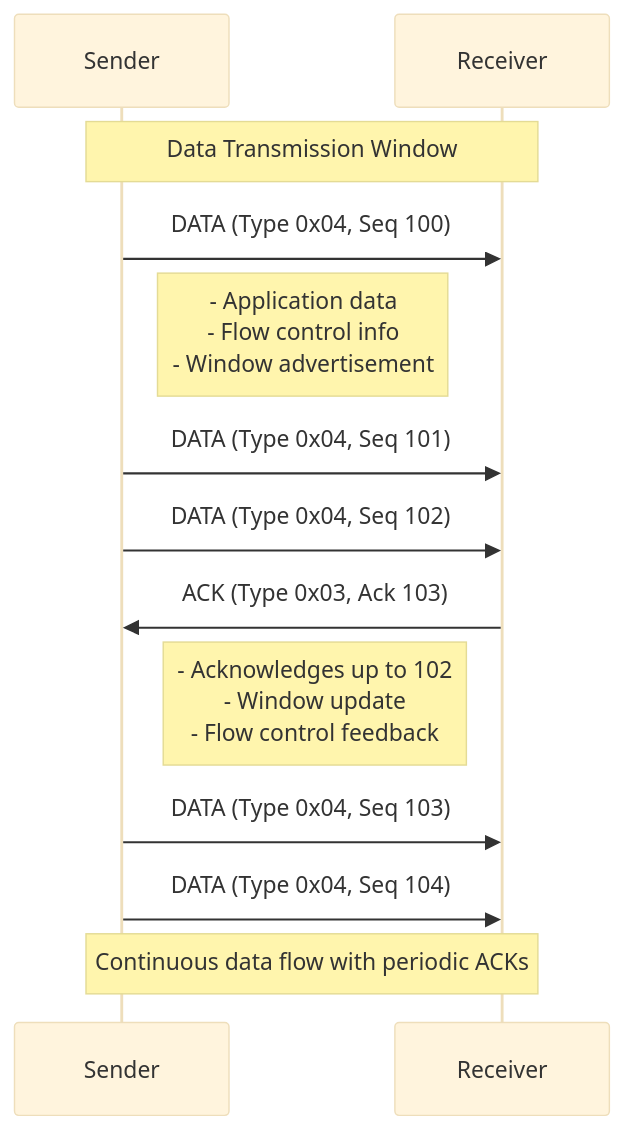
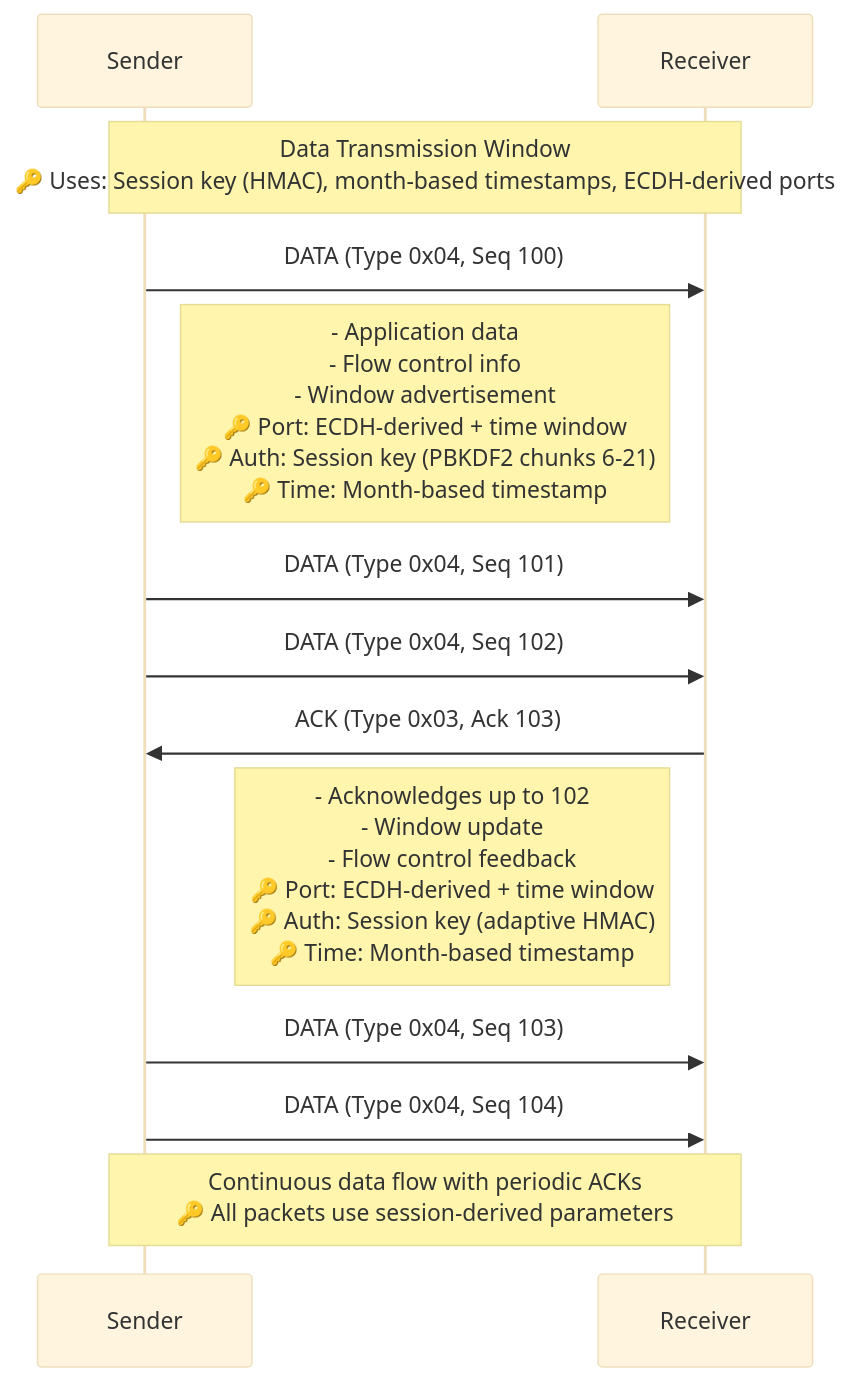
One commit to aidanmorgan/buckwild changed the fifth of 44 diagrams in design/protocol/14-sequence-diagrams.md. Above: the diagram before and after it, drawn with Mermaid (base theme). The commit also changed other lines of this file and 9 other files, not shown here.

````diff
--- a/design/protocol/14-sequence-diagrams.md
+++ b/design/protocol/14-sequence-diagrams.md
@@ -118,20 +118,20 @@
 ```mermaid
 sequenceDiagram
     participant Sender
     participant Receiver
     
-    Note over Sender,Receiver: Data Transmission Window
+    Note over Sender,Receiver: Data Transmission Window<br/>🔑 Uses: Session key (HMAC), month-based timestamps, ECDH-derived ports
     Sender->>Receiver: DATA (Type 0x04, Seq 100)
-    Note right of Sender: - Application data<br/>- Flow control info<br/>- Window advertisement
+    Note right of Sender: - Application data<br/>- Flow control info<br/>- Window advertisement<br/>🔑 Port: ECDH-derived + time window<br/>🔑 Auth: Session key (PBKDF2 chunks 6-21)<br/>🔑 Time: Month-based timestamp
     
     Sender->>Receiver: DATA (Type 0x04, Seq 101)
     Sender->>Receiver: DATA (Type 0x04, Seq 102)
     
     Receiver->>Sender: ACK (Type 0x03, Ack 103)
-    Note left of Receiver: - Acknowledges up to 102<br/>- Window update<br/>- Flow control feedback
+    Note left of Receiver: - Acknowledges up to 102<br/>- Window update<br/>- Flow control feedback<br/>🔑 Port: ECDH-derived + time window<br/>🔑 Auth: Session key (adaptive HMAC)<br/>🔑 Time: Month-based timestamp
     
     Sender->>Receiver: DATA (Type 0x04, Seq 103)
     Sender->>Receiver: DATA (Type 0x04, Seq 104)
     
-    Note over Sender,Receiver: Continuous data flow with periodic ACKs
+    Note over Sender,Receiver: Continuous data flow with periodic ACKs<br/>🔑 All packets use session-derived parameters
 ```
````
